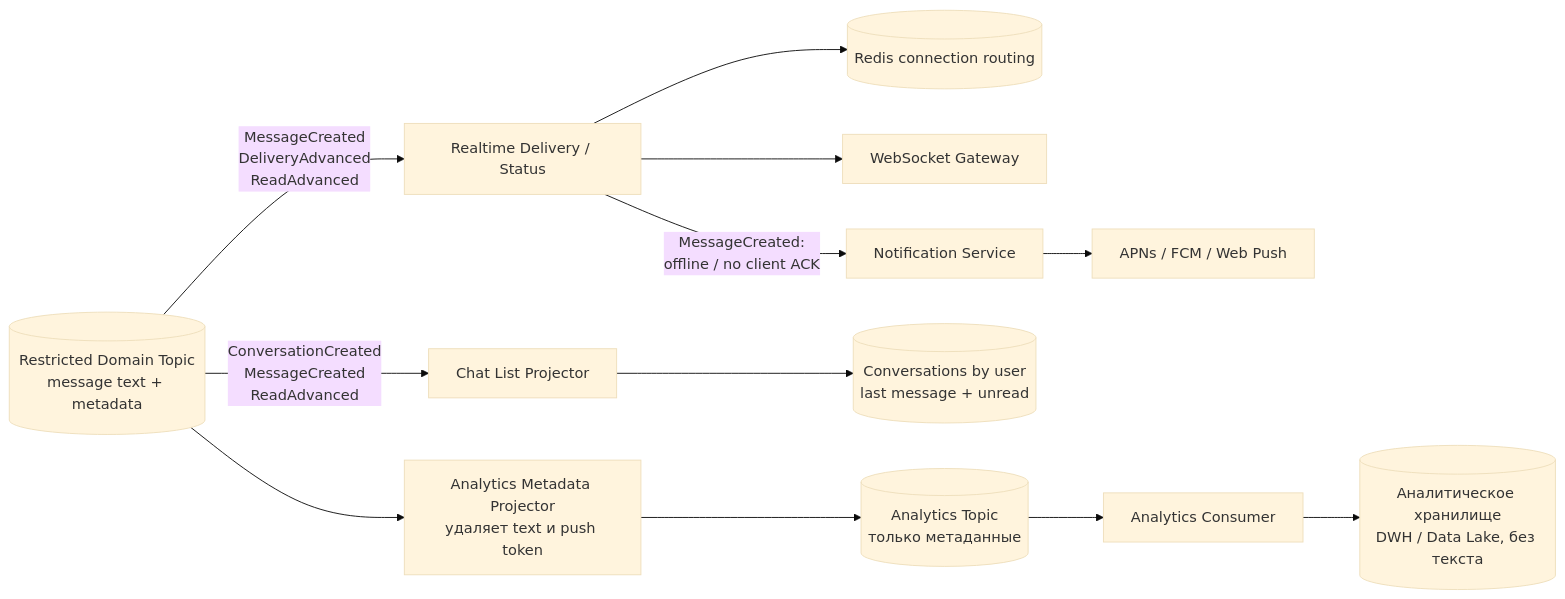
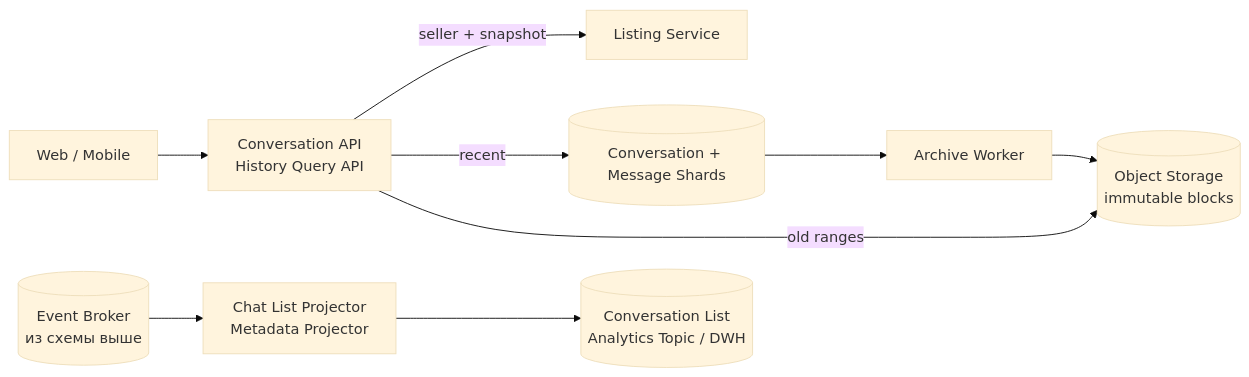
Before and after one commit to fev0ks/LearnGoLang: the third of 3 diagrams in docs/senior-golang-study/05-system-design/interview-cases/18-marketplace-messenger.md, drawn with Mermaid (base theme). The commit also changed other lines of this file and 26 other files, not shown here.

````diff
--- a/docs/senior-golang-study/05-system-design/interview-cases/18-marketplace-messenger.md
+++ b/docs/senior-golang-study/05-system-design/interview-cases/18-marketplace-messenger.md
@@ -391,19 +371,12 @@
 ```mermaid
 flowchart LR
-    Broker[("Restricted Domain Topic<br/>message text + metadata")]
+    Client["Web / Mobile"] --> Query["Conversation API<br/>History Query API"]
+    Query -->|"seller + snapshot"| Listing["Listing Service"]
+    Query -->|"recent"| DB[("Conversation + Message Shards")]
+    Query -->|"old ranges"| Archive[("Object Storage<br/>immutable blocks")]
+    DB --> Archiver["Archive Worker"]
+    Archiver --> Archive
 
-    Broker -->|"MessageCreated<br/>DeliveryAdvanced<br/>ReadAdvanced"| Delivery["Realtime Delivery / Status"]
-    Delivery --> Routing[("Redis connection routing")]
-    Delivery --> WS["WebSocket Gateway"]
-
-    Delivery -->|"MessageCreated:<br/>offline / no client ACK"| Push["Notification Service"]
-    Push --> Providers["APNs / FCM / Web Push"]
-
-    Broker -->|"ConversationCreated<br/>MessageCreated<br/>ReadAdvanced"| Projector["Chat List Projector"]
-    Projector --> ChatList[("Conversations by user<br/>last message + unread")]
-
-    Broker --> Sanitizer["Analytics Metadata Projector<br/>удаляет text и push token"]
-    Sanitizer --> AnalyticsTopic[("Analytics Topic<br/>только метаданные")]
-    AnalyticsTopic --> Analytics["Analytics Consumer"]
-    Analytics --> DWH[("Аналитическое хранилище<br/>DWH / Data Lake, без текста")]
+    Broker[("Event Broker<br/>из схемы выше")] --> Projectors["Chat List Projector<br/>Metadata Projector"]
+    Projectors --> Projections[("Conversation List<br/>Analytics Topic / DWH")]
 ```
````
